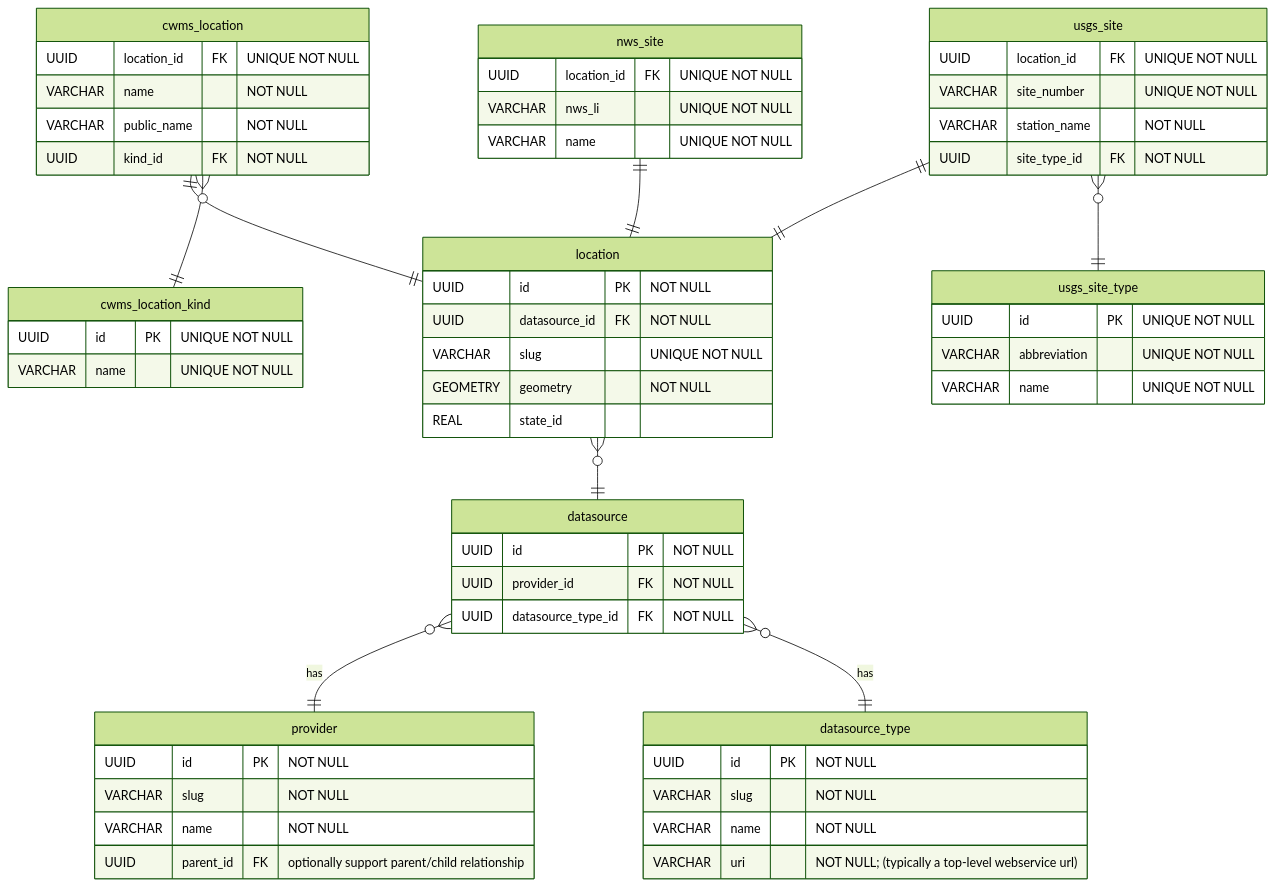
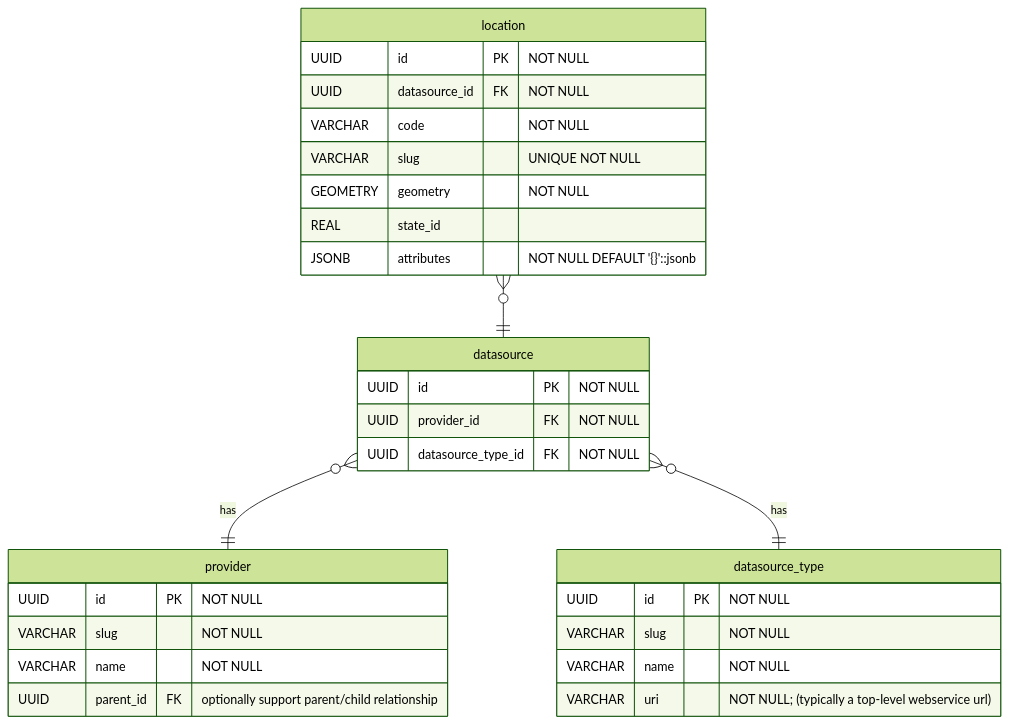
Before and after one commit to USACE/water: the diagram in models/location.md, drawn with Mermaid (forest theme). The commit also changed other lines of this file and 12 other files, not shown here.

````diff
--- a/models/location.md
+++ b/models/location.md
@@ -3,63 +3,34 @@
 ```mermaid
 erDiagram
 
-    cwms_location ||--|| location : ""
-    cwms_location }o--|| cwms_location_kind : ""
-    cwms_location {
-        UUID        location_id  FK "UNIQUE NOT NULL"
-        VARCHAR     name            "NOT NULL"
-        VARCHAR     public_name     "NOT NULL"
-        UUID        kind_id      FK "NOT NULL"
-    }
-    cwms_location_kind {
-        UUID        id    PK "UNIQUE NOT NULL"
-        VARCHAR     name     "UNIQUE NOT NULL"
-    }
-    usgs_site ||--|| location : ""
-    usgs_site }o--|| usgs_site_type : ""
-    usgs_site {
-        UUID        location_id   FK "UNIQUE NOT NULL"
-        VARCHAR     site_number      "UNIQUE NOT NULL"
-        VARCHAR     station_name     "NOT NULL"
-        UUID        site_type_id  FK "NOT NULL"
-    }
-    usgs_site_type {
-        UUID        id            PK "UNIQUE NOT NULL"
-        VARCHAR     abbreviation      "UNIQUE NOT NULL"
-        VARCHAR     name              "UNIQUE NOT NULL"
-    }
-    nws_site ||--|| location : ""
-    nws_site {
-        UUID        location_id  FK "UNIQUE NOT NULL"
-        VARCHAR     nws_li          "UNIQUE NOT NULL"
-        VARCHAR     name            "UNIQUE NOT NULL"
-    }
     location }o--|| datasource : ""
     location {
         UUID        id             PK "NOT NULL"
         UUID        datasource_id  FK "NOT NULL"
+        VARCHAR     code              "NOT NULL"
         VARCHAR     slug              "UNIQUE NOT NULL"
         GEOMETRY    geometry          "NOT NULL"
         REAL        state_id
+        JSONB       attributes        "NOT NULL DEFAULT '{}'::jsonb"
     }
     provider {
         UUID    id         PK "NOT NULL"
         VARCHAR slug          "NOT NULL"
         VARCHAR name          "NOT NULL"
         UUID    parent_id  FK "optionally support parent/child relationship"
     }
     datasource_type {
         UUID   id     PK "NOT NULL"
         VARCHAR slug     "NOT NULL"
         VARCHAR name     "NOT NULL"
         VARCHAR uri      "NOT NULL; (typically a top-level webservice url)"
     }
     datasource }o--|| provider : has
     datasource }o--|| datasource_type : has
     datasource {
         UUID id                  PK "NOT NULL"
         UUID provider_id         FK "NOT NULL"
         UUID datasource_type_id  FK "NOT NULL"
     }
 
 ```
````
